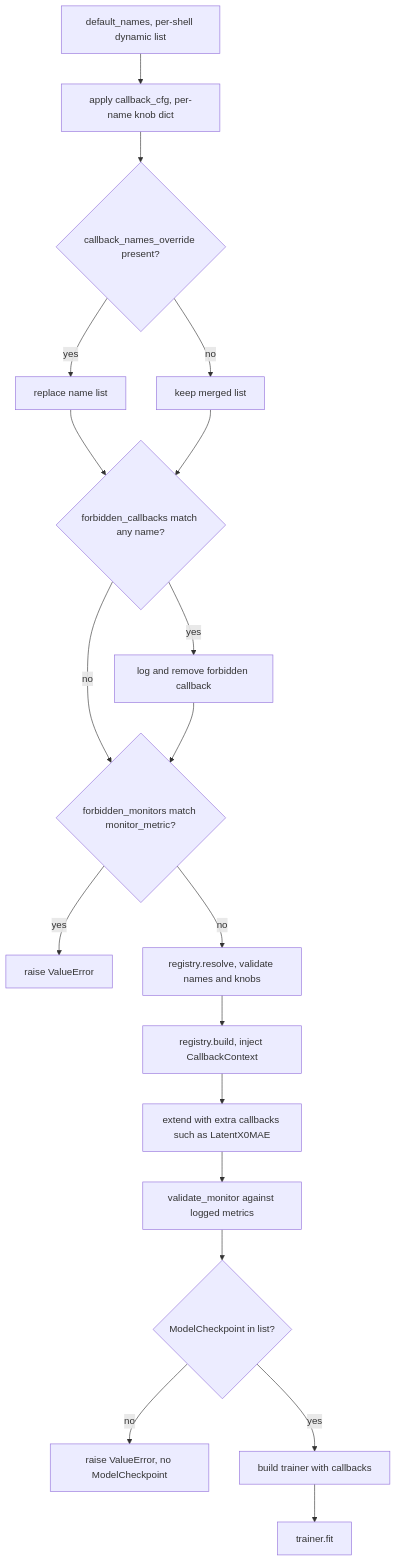
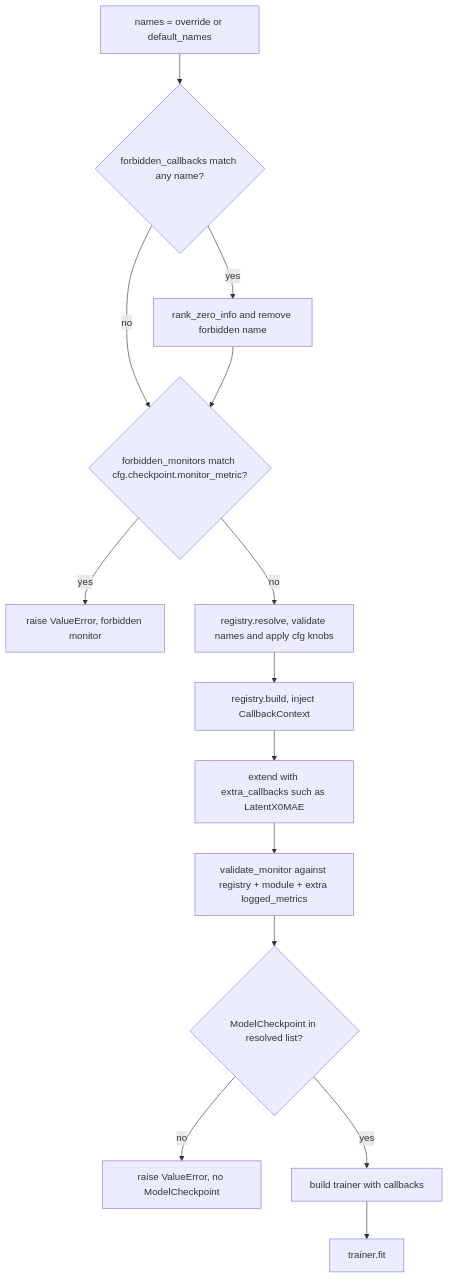
Before and after one commit to ACautomata/manifold: the diagram in openwiki/callback-registry.md, drawn with Mermaid. The commit also changed other lines of this file and 16 other files, not shown here.

````diff
--- a/openwiki/callback-registry.md
+++ b/openwiki/callback-registry.md
@@ -133,21 +215,16 @@
 ```mermaid
 flowchart TD
-    A["default_names, per-shell dynamic list"] --> B["apply callback_cfg, per-name knob dict"]
-    B --> C{"callback_names_override present?"}
-    C -- yes --> D["replace name list"]
-    C -- no --> E["keep merged list"]
-    D --> F{"forbidden_callbacks match any name?"}
-    E --> F
-    F -- yes --> G["log and remove forbidden callback"]
-    F -- no --> H{"forbidden_monitors match monitor_metric?"}
-    G --> H
-    H -- yes --> X1["raise ValueError"]
-    H -- no --> I["registry.resolve, validate names and knobs"]
-    I --> J["registry.build, inject CallbackContext"]
-    J --> K["extend with extra callbacks such as LatentX0MAE"]
-    K --> L["validate_monitor against logged metrics"]
-    L --> M{"ModelCheckpoint in list?"}
-    M -- no --> X2["raise ValueError, no ModelCheckpoint"]
-    M -- yes --> N["build trainer with callbacks"]
-    N --> O["trainer.fit"]
+    A["names = override or default_names"] --> B{"forbidden_callbacks match any name?"}
+    B -- yes --> C["rank_zero_info and remove forbidden name"]
+    B -- no --> D{"forbidden_monitors match cfg.checkpoint.monitor_metric?"}
+    C --> D
+    D -- yes --> X1["raise ValueError, forbidden monitor"]
+    D -- no --> E["registry.resolve, validate names and apply cfg knobs"]
+    E --> F["registry.build, inject CallbackContext"]
+    F --> G["extend with extra_callbacks such as LatentX0MAE"]
+    G --> H["validate_monitor against registry + module + extra logged_metrics"]
+    H --> I{"ModelCheckpoint in resolved list?"}
+    I -- no --> X2["raise ValueError, no ModelCheckpoint"]
+    I -- yes --> J["build trainer with callbacks"]
+    J --> K["trainer.fit"]
 ```
````
